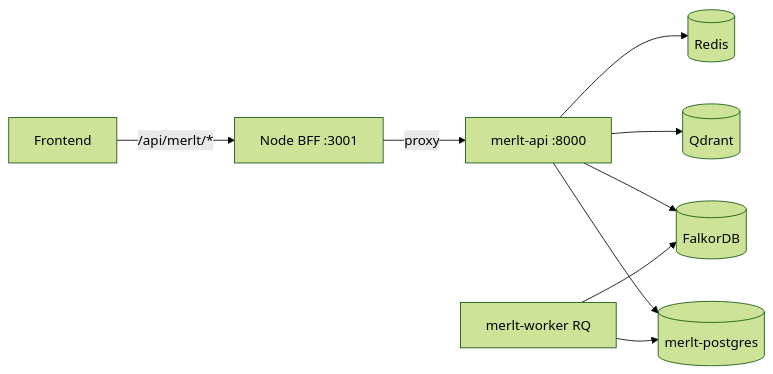
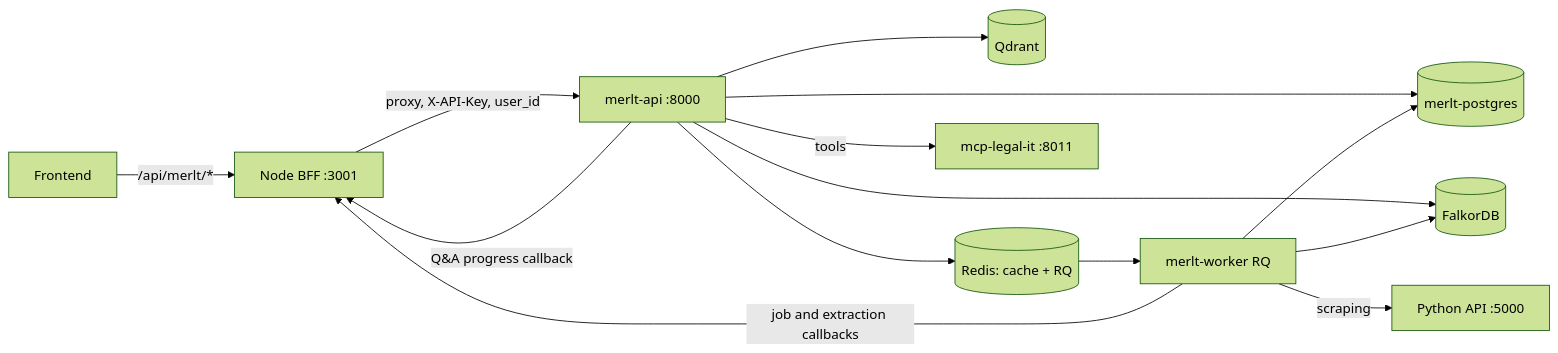
One commit to capazme/VisuaLexAPI changed the second of 7 diagrams in docs/architecture.md. Above: the diagram before and after it, drawn with Mermaid (forest theme). The commit also changed other lines of this file and 19 other files, not shown here.

````diff
--- a/docs/architecture.md
+++ b/docs/architecture.md
@@ -152,11 +152,16 @@
 ```mermaid
 graph LR
     FE[Frontend] -->|/api/merlt/*| BFF[Node BFF :3001]
-    BFF -->|proxy| API[merlt-api :8000]
+    BFF -->|proxy, X-API-Key, user_id| API[merlt-api :8000]
     API --> PG[(merlt-postgres)]
     API --> FK[(FalkorDB)]
     API --> QD[(Qdrant)]
-    API --> RD[(Redis)]
-    WK[merlt-worker RQ] --> FK
+    API --> RD[(Redis: cache + RQ)]
+    API -->|tools| MCP[mcp-legal-it :8011]
+    RD --> WK[merlt-worker RQ]
+    WK --> FK
     WK --> PG
+    WK -->|job and extraction callbacks| BFF
+    API -->|Q&A progress callback| BFF
+    WK -->|scraping| PY[Python API :5000]
 ```
````
